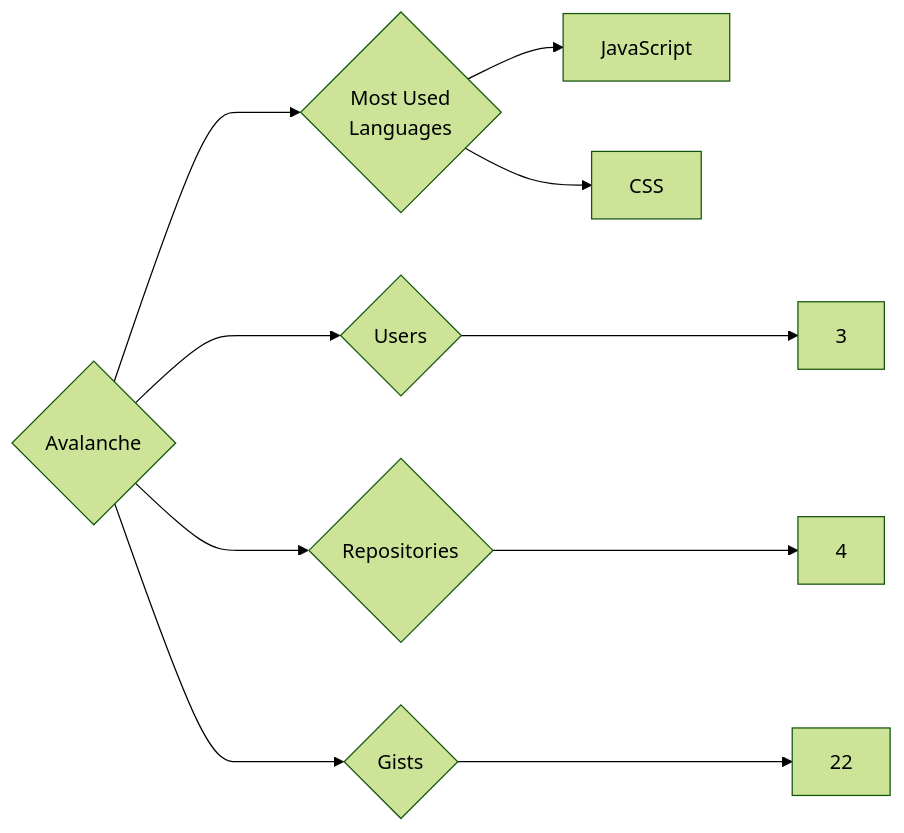
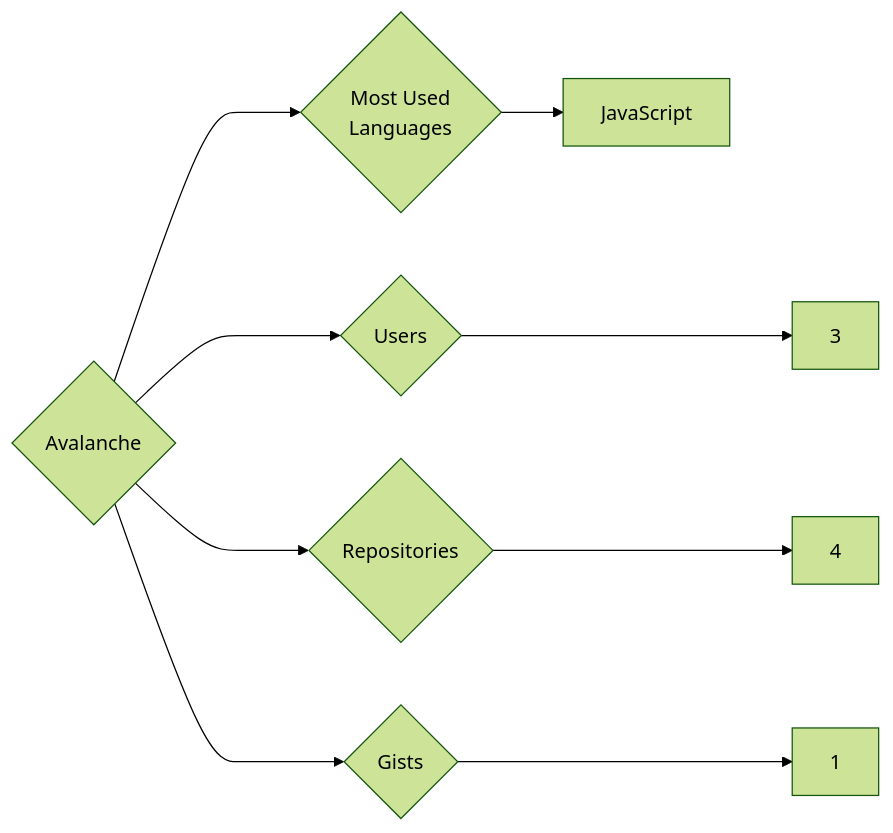
Before and after one commit to trickest/insiders: the diagram in targets/Avalanche/README.md, drawn with Mermaid (forest theme). The commit also changed 1030 other files, not shown here.

````diff
--- a/targets/Avalanche/README.md
+++ b/targets/Avalanche/README.md
@@ -3,10 +3,9 @@
 ```mermaid
 graph LR
 COMPANY_NAME{Avalanche}
 COMPANY_NAME ---> U{Users} ---> UN[3]
 COMPANY_NAME ---> R{Repositories} ---> RN[4]
-COMPANY_NAME ---> G{Gists} ---> GN[22]
+COMPANY_NAME ---> G{Gists} ---> GN[1]
 COMPANY_NAME ---> ML{Most Used<br>Languages}
 ML --> JavaScript[JavaScript]
-ML --> CSS[CSS]
 ```
````
